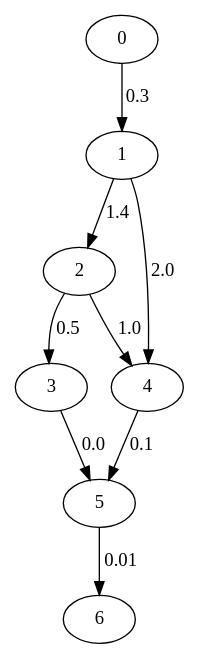
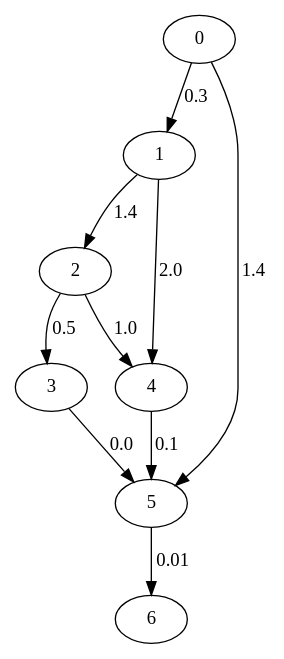
Before and after one commit to gresendesa/pathfinding: the diagram in g1.dot, drawn with Graphviz. The commit also changed 4 other files, not shown here.

```diff
--- a/g1.dot
+++ b/g1.dot
@@ -1,10 +1,11 @@
 digraph g {
 	0 -> 1 [label=0.3];
 	1 -> 2 [label=1.4];
+	0 -> 5 [label=1.4];
 	2 -> 3 [label=0.5];
 	2 -> 4 [label=1.0];
 	1 -> 4 [label=2.0];
 	4 -> 5 [label=0.1];
 	3 -> 5 [label=0.0];
 	5 -> 6 [label=0.01];
 }
```
